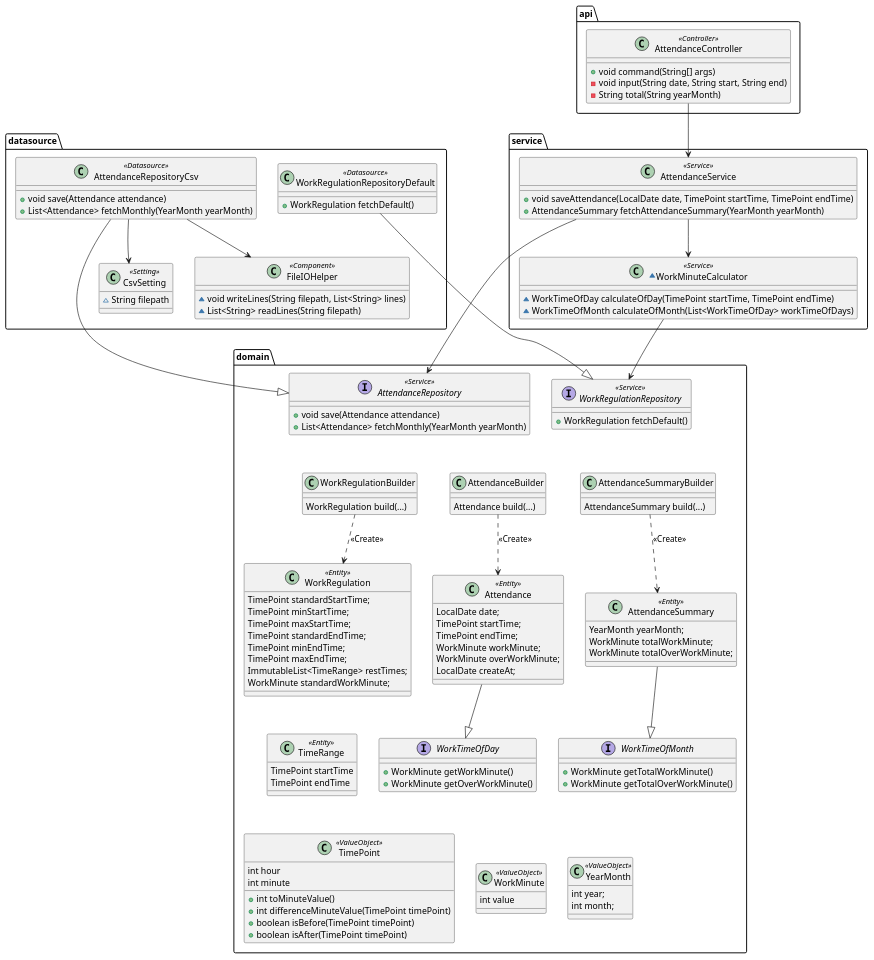
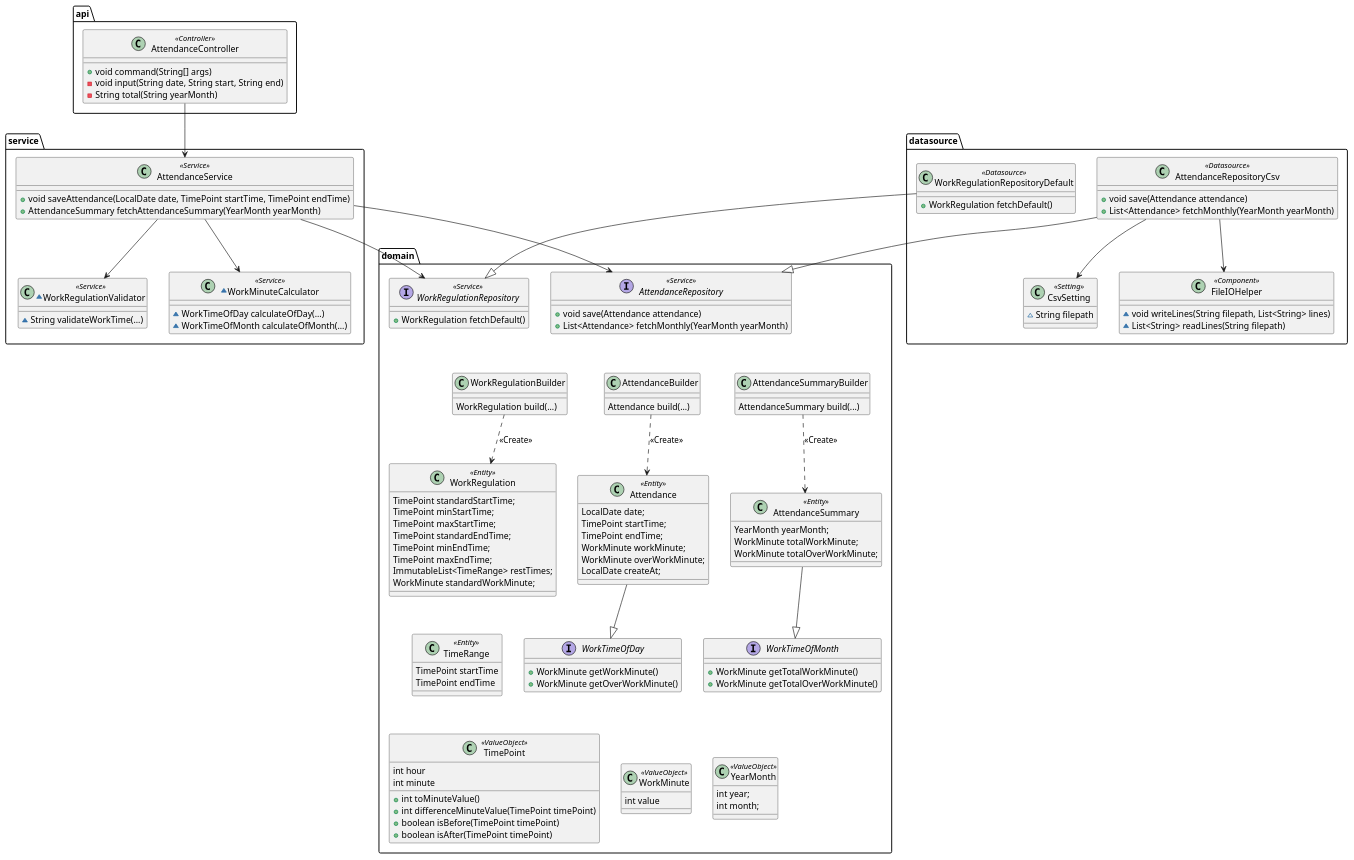
One commit to biglobe-isp/kintai changed the diagram in etc/document/design/src/model.puml. Above: the diagram before and after it, drawn with PlantUML. The commit also changed 5 other files, not shown here.

Commit message:
Add WorkRegulationValidator

```diff
--- a/etc/document/design/src/model.puml
+++ b/etc/document/design/src/model.puml
@@ -1,176 +1,179 @@
 @startuml
 
 package api {
 
     class  AttendanceController <<Controller>> {
         + void command(String[] args)
         - void input(String date, String start, String end)
         - String total(String yearMonth)
     }
 }
 
 package service {
 
     class  AttendanceService <<Service>> {
         + void saveAttendance(LocalDate date, TimePoint startTime, TimePoint endTime)
         + AttendanceSummary fetchAttendanceSummary(YearMonth yearMonth)
     }
 
+    ~class WorkRegulationValidator <<Service>> {
+        '~ String validateWorkTime(TimePoint startTime, TimePoint endTime, WorkRegulation workRegulation)
+        ~ String validateWorkTime(...)
+    }
+
     ~class WorkMinuteCalculator <<Service>> {
-        ~ WorkTimeOfDay calculateOfDay(TimePoint startTime, TimePoint endTime)
-        ~ WorkTimeOfMonth calculateOfMonth(List<WorkTimeOfDay> workTimeOfDays)
+        '~ WorkTimeOfDay calculateOfDay(TimePoint startTime, TimePoint endTime, WorkRegulation workRegulation)
+        '~ WorkTimeOfMonth calculateOfMonth(List<WorkTimeOfDay> workTimeOfDays)
+        ~ WorkTimeOfDay calculateOfDay(...)
+        ~ WorkTimeOfMonth calculateOfMonth(...)
     }
 }
 
 package datasource {
 
     class  AttendanceRepositoryCsv <<Datasource>> {
         + void save(Attendance attendance)
         + List<Attendance> fetchMonthly(YearMonth yearMonth)
     }
 
     class CsvSetting <<Setting>> {
         ~ String filepath
     }
 
     class FileIOHelper <<Component>> {
         ~ void writeLines(String filepath, List<String> lines)
         ~ List<String> readLines(String filepath)
     }
 
     class WorkRegulationRepositoryDefault <<Datasource>> {
         + WorkRegulation fetchDefault()
     }
 }
 
 package domain {
 
     class Attendance <<Entity>> {
         LocalDate date;
         TimePoint startTime;
         TimePoint endTime;
         WorkMinute workMinute;
         WorkMinute overWorkMinute;
         LocalDate createAt;
     }
 
     interface AttendanceRepository <<Service>> {
         + void save(Attendance attendance)
         + List<Attendance> fetchMonthly(YearMonth yearMonth)
     }
 
     class AttendanceSummary <<Entity>> {
         YearMonth yearMonth;
         WorkMinute totalWorkMinute;
         WorkMinute totalOverWorkMinute;
     }
 
     class TimePoint <<ValueObject>> {
         int hour
         int minute
         + int toMinuteValue()
         + int differenceMinuteValue(TimePoint timePoint)
         + boolean isBefore(TimePoint timePoint)
         + boolean isAfter(TimePoint timePoint)
     }
 
     class TimeRange <<Entity>> {
         TimePoint startTime
         TimePoint endTime
     }
 
     class WorkMinute <<ValueObject>> {
         int value
     }
 
     class WorkRegulation <<Entity>> {
         TimePoint standardStartTime;
         TimePoint minStartTime;
         TimePoint maxStartTime;
         TimePoint standardEndTime;
         TimePoint minEndTime;
         TimePoint maxEndTime;
         ImmutableList<TimeRange> restTimes;
         WorkMinute standardWorkMinute;
     }
 
     interface WorkRegulationRepository <<Service>> {
         + WorkRegulation fetchDefault()
     }
 
     interface WorkTimeOfDay {
         + WorkMinute getWorkMinute()
         + WorkMinute getOverWorkMinute()
     }
 
     interface WorkTimeOfMonth {
         + WorkMinute getTotalWorkMinute()
         + WorkMinute getTotalOverWorkMinute()
     }
 
     class YearMonth <<ValueObject>> {
         int year;
         int month;
     }
 
     ' Auto Generated
 
     class AttendanceBuilder {
         Attendance build(...)
     }
 
     class AttendanceSummaryBuilder {
         AttendanceSummary build(...)
     }
 
     class WorkRegulationBuilder {
         WorkRegulation build(...)
     }
 }
 
 
 ''' api
 AttendanceController --> AttendanceService
 
 
 ''' service
 AttendanceService --> AttendanceRepository
+AttendanceService --> WorkRegulationValidator
 AttendanceService --> WorkMinuteCalculator
-WorkMinuteCalculator --> WorkRegulationRepository
-AttendanceBuilder -[hidden]- WorkMinuteCalculator
+AttendanceService --> WorkRegulationRepository
 
 
 ''' datasource
 AttendanceRepositoryCsv --|> AttendanceRepository
 AttendanceRepositoryCsv --> CsvSetting
 AttendanceRepositoryCsv --> FileIOHelper
 WorkRegulationRepositoryDefault --|> WorkRegulationRepository
 
 
 ''' domain
 Attendance --|> WorkTimeOfDay
 AttendanceSummary --|> WorkTimeOfMonth
 AttendanceBuilder ..> Attendance : <<Create>>
 AttendanceSummaryBuilder ..> AttendanceSummary : <<Create>>
 WorkRegulationBuilder ..> WorkRegulation : <<Create>>
 
 
 ''' placement order
-WorkRegulationRepositoryDefault -[hidden] AttendanceRepositoryCsv
-AttendanceRepositoryCsv -[hidden]- CsvSetting
-CsvSetting -[hidden]- WorkRegulationRepository
-WorkMinuteCalculator -[hidden]- WorkRegulationRepository
 WorkRegulationRepository -[hidden] AttendanceRepository
 AttendanceRepository -[hidden]- AttendanceBuilder
 WorkRegulationBuilder -[hidden] AttendanceBuilder
 AttendanceBuilder -[hidden] AttendanceSummaryBuilder
 
 WorkRegulation -[hidden] Attendance
 Attendance -[hidden] AttendanceSummary
 WorkTimeOfDay -[hidden] WorkTimeOfMonth
 WorkRegulation -[hidden]- TimeRange
 TimeRange -[hidden]- TimePoint
 TimePoint -[hidden] WorkMinute
 WorkMinute -[hidden] YearMonth
 
 @enduml
```
